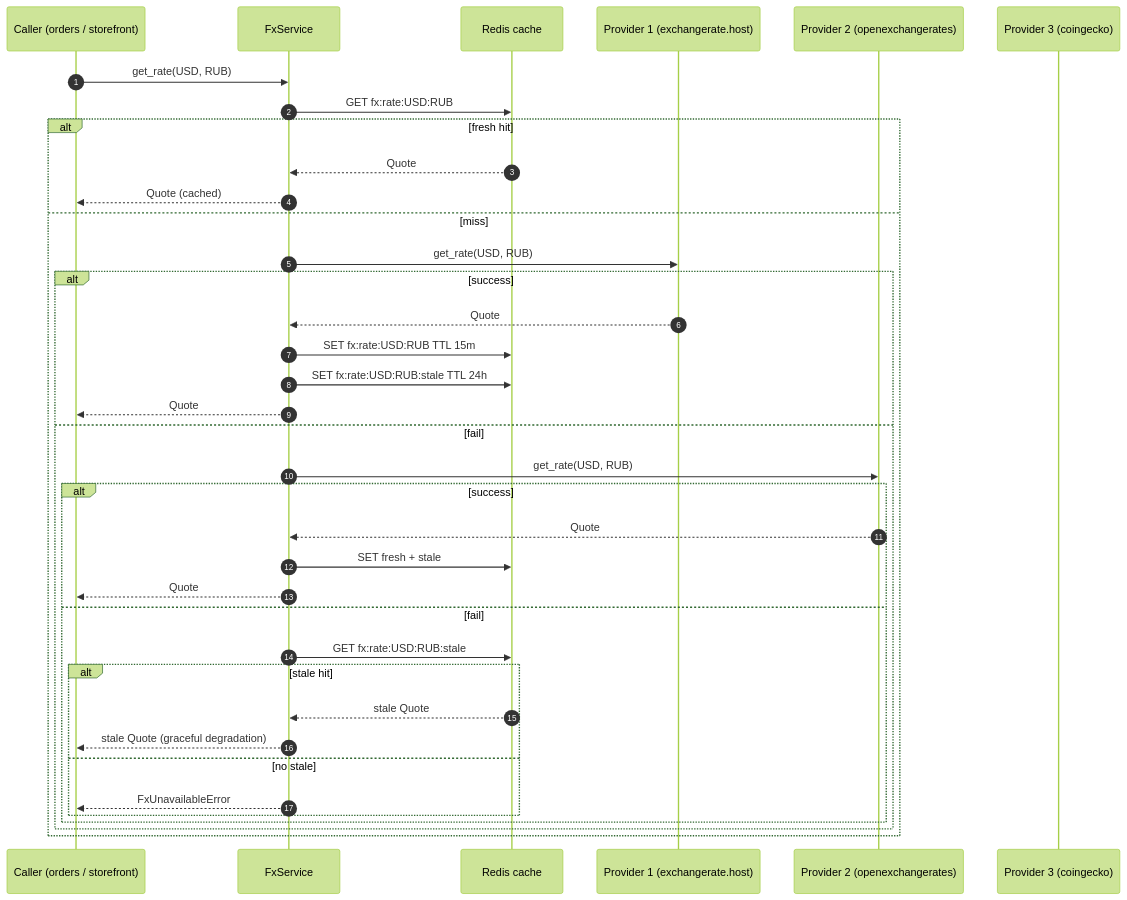
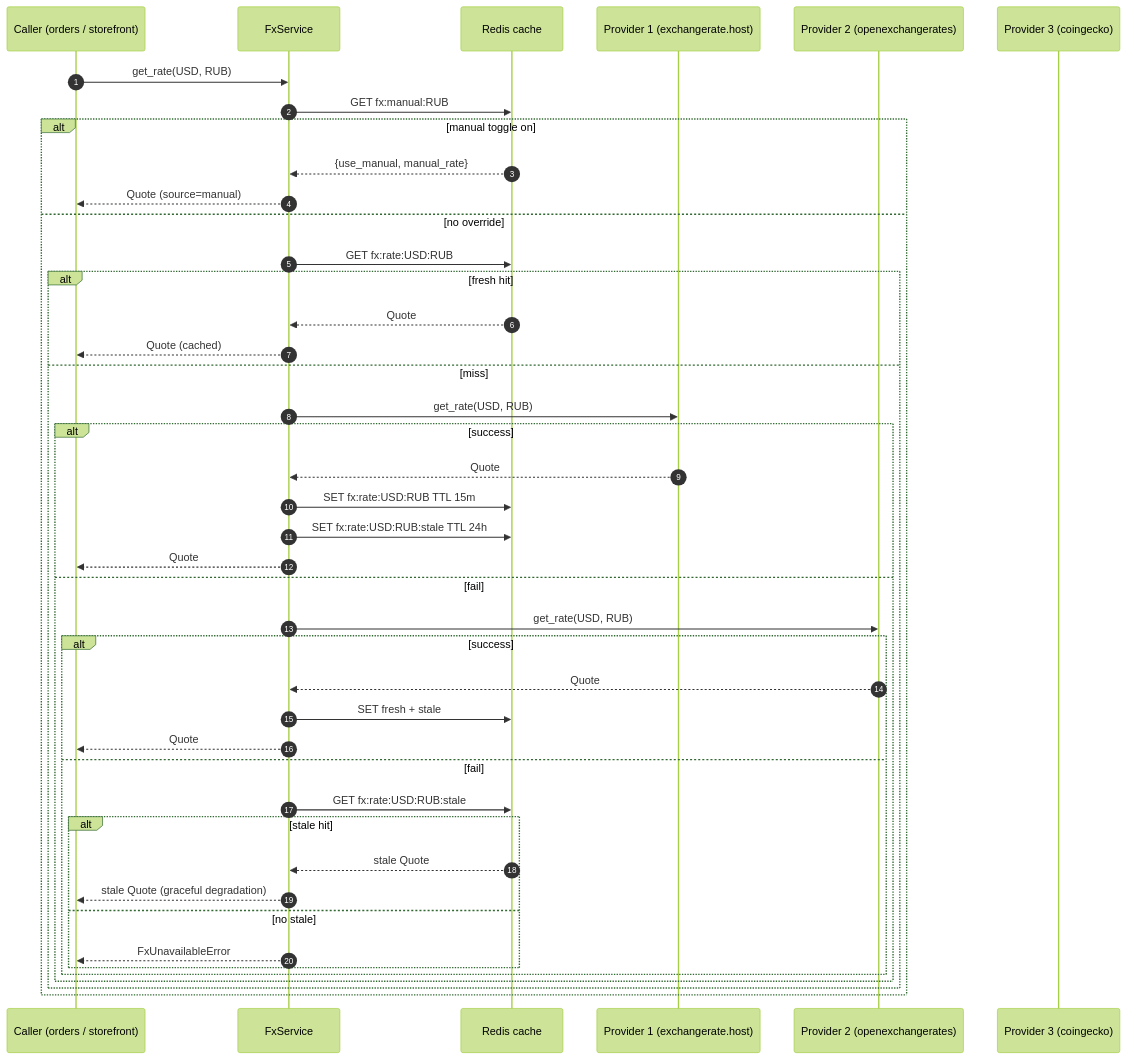
Before and after one commit to jamaomonov/yupay: the diagram in docs/architecture/sequence-diagrams/fx-rate-lookup.mmd, drawn with Mermaid (forest theme). The commit also changed 41 other files, not shown here.

```diff
--- a/docs/architecture/sequence-diagrams/fx-rate-lookup.mmd
+++ b/docs/architecture/sequence-diagrams/fx-rate-lookup.mmd
@@ -1,38 +1,44 @@
 sequenceDiagram
     autonumber
     participant Caller as Caller (orders / storefront)
     participant Svc as FxService
     participant Redis as Redis cache
     participant P1 as Provider 1 (exchangerate.host)
     participant P2 as Provider 2 (openexchangerates)
     participant P3 as Provider 3 (coingecko)
 
     Caller->>Svc: get_rate(USD, RUB)
+    Svc->>Redis: GET fx:manual:RUB
+    alt manual toggle on
+        Redis-->>Svc: {use_manual, manual_rate}
+        Svc-->>Caller: Quote (source=manual)
+    else no override
     Svc->>Redis: GET fx:rate:USD:RUB
     alt fresh hit
         Redis-->>Svc: Quote
         Svc-->>Caller: Quote (cached)
     else miss
         Svc->>P1: get_rate(USD, RUB)
         alt success
             P1-->>Svc: Quote
             Svc->>Redis: SET fx:rate:USD:RUB TTL 15m
             Svc->>Redis: SET fx:rate:USD:RUB:stale TTL 24h
             Svc-->>Caller: Quote
         else fail
             Svc->>P2: get_rate(USD, RUB)
             alt success
                 P2-->>Svc: Quote
                 Svc->>Redis: SET fresh + stale
                 Svc-->>Caller: Quote
             else fail
                 Svc->>Redis: GET fx:rate:USD:RUB:stale
                 alt stale hit
                     Redis-->>Svc: stale Quote
                     Svc-->>Caller: stale Quote (graceful degradation)
                 else no stale
                     Svc-->>Caller: FxUnavailableError
                 end
             end
         end
     end
+    end
```
